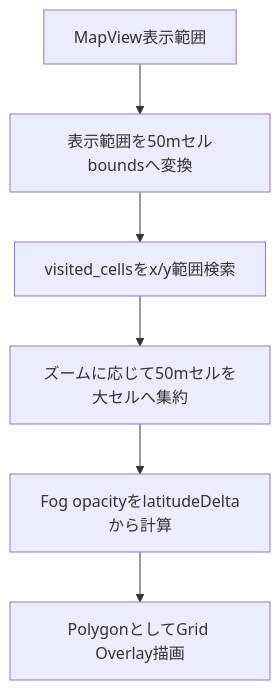
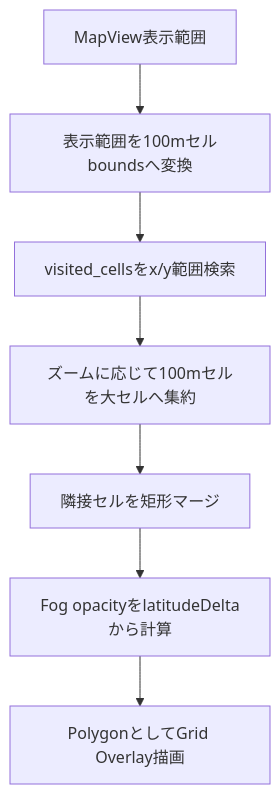
Before and after one commit to kazuki19992/strollia: the third of 3 diagrams in docs/architecture.md, drawn with Mermaid. The commit also changed other lines of this file and 27 other files, not shown here.

````diff
--- a/docs/architecture.md
+++ b/docs/architecture.md
@@ -127,8 +127,9 @@
 ```mermaid
 flowchart TD
-  A[MapView表示範囲] --> B[表示範囲を50mセルboundsへ変換]
+  A[MapView表示範囲] --> B[表示範囲を100mセルboundsへ変換]
   B --> C[visited_cellsをx/y範囲検索]
-  C --> D[ズームに応じて50mセルを大セルへ集約]
-  D --> E[Fog opacityをlatitudeDeltaから計算]
-  E --> F[PolygonとしてGrid Overlay描画]
+  C --> D[ズームに応じて100mセルを大セルへ集約]
+  D --> E[隣接セルを矩形マージ]
+  E --> F[Fog opacityをlatitudeDeltaから計算]
+  F --> G[PolygonとしてGrid Overlay描画]
 ```
````
